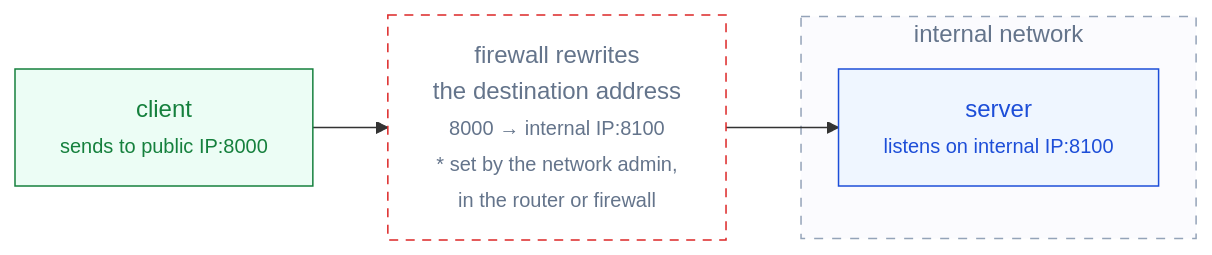
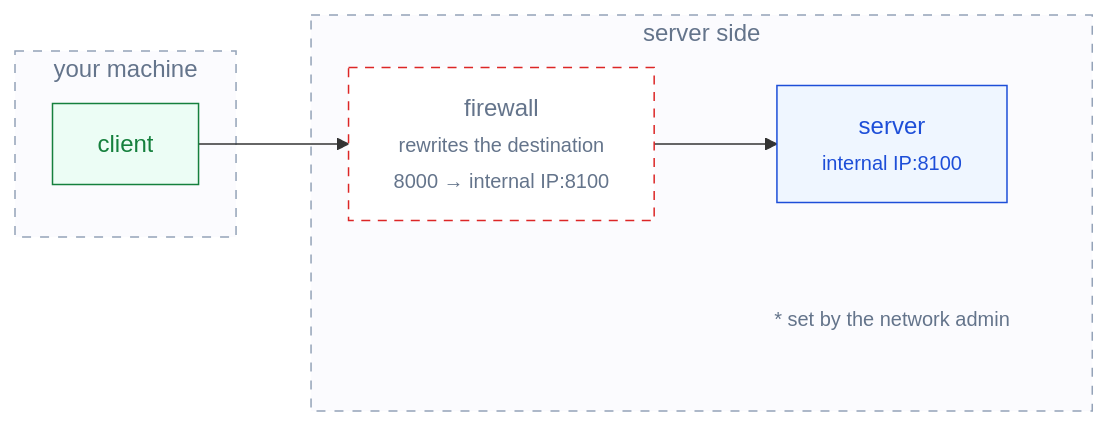
One commit to ssyrc/ssyrc.github.io changed the second of 4 diagrams in _posts/ko/2026-09-16-proxy-and-port-forwarding.md. Above: the diagram before and after it, drawn with Mermaid. The commit also changed other lines of this file and 1 other file, not shown here.

First line of the commit message:
Simplify scenario diagrams to match the sketch

````diff
--- a/_posts/ko/2026-09-16-proxy-and-port-forwarding.md
+++ b/_posts/ko/2026-09-16-proxy-and-port-forwarding.md
@@ -94,18 +72,22 @@
 ```mermaid
 flowchart LR
-    C["client<br/><small>sends to public IP:8000</small>"]
-    C --> F["firewall rewrites<br/>the destination address<br/><small>8000 &rarr; internal IP:8100</small><br/><small>* set by the network admin,<br/>in the router or firewall</small>"]
-    subgraph INT["internal network"]
-        S["server<br/><small>listens on internal IP:8100</small>"]
+    subgraph LOCAL["your machine"]
+        C["client"]
     end
-    F --> S
+    subgraph SRV["server side"]
+        F["firewall<br/><small>rewrites the destination</small><br/><small>8000 &rarr; internal IP:8100</small>"] --> S["server<br/><small>internal IP:8100</small>"]
+        NOTE["<small>* set by the network admin</small>"]
+    end
+    C --> F
     class C client
     class F kernel
     class S server
-    class INT zone
+    class NOTE note
+    class LOCAL,SRV zone
     classDef client fill:#ecfdf5,stroke:#15803d,color:#15803d
     classDef proxy  fill:#fef2f2,stroke:#dc2626,color:#dc2626
     classDef server fill:#eff6ff,stroke:#1d4ed8,color:#1d4ed8
     classDef kernel fill:#ffffff,stroke:#dc2626,color:#64748b,stroke-dasharray:6 5
     classDef zone   fill:#fbfbfe,stroke:#94a3b8,color:#64748b,stroke-dasharray:6 6
+    classDef note   fill:none,stroke:none,color:#64748b
 ```
````
